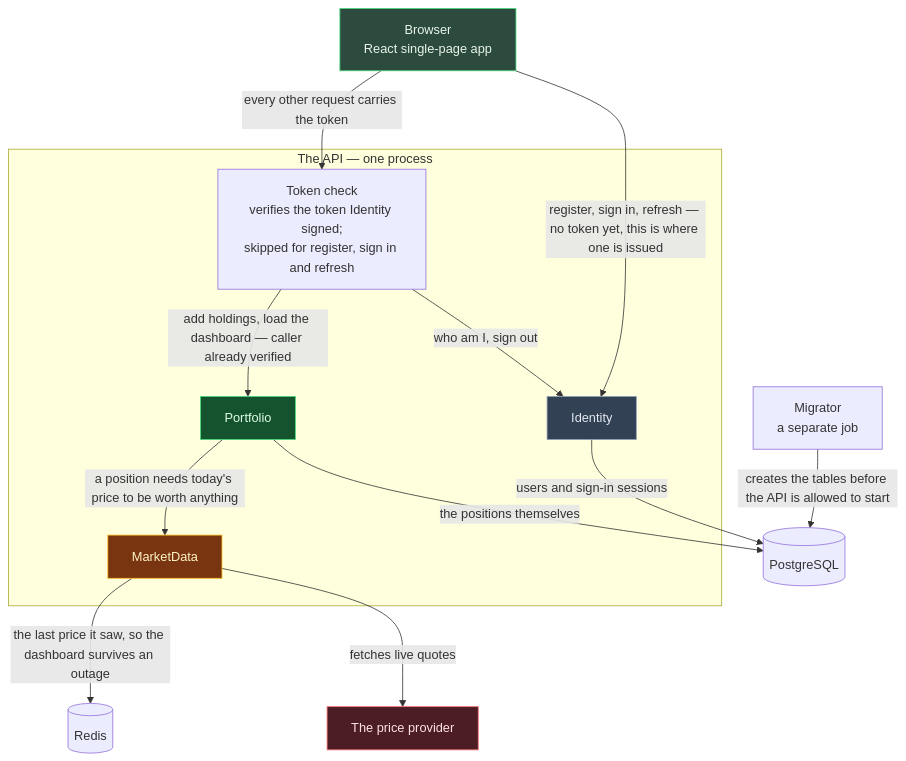
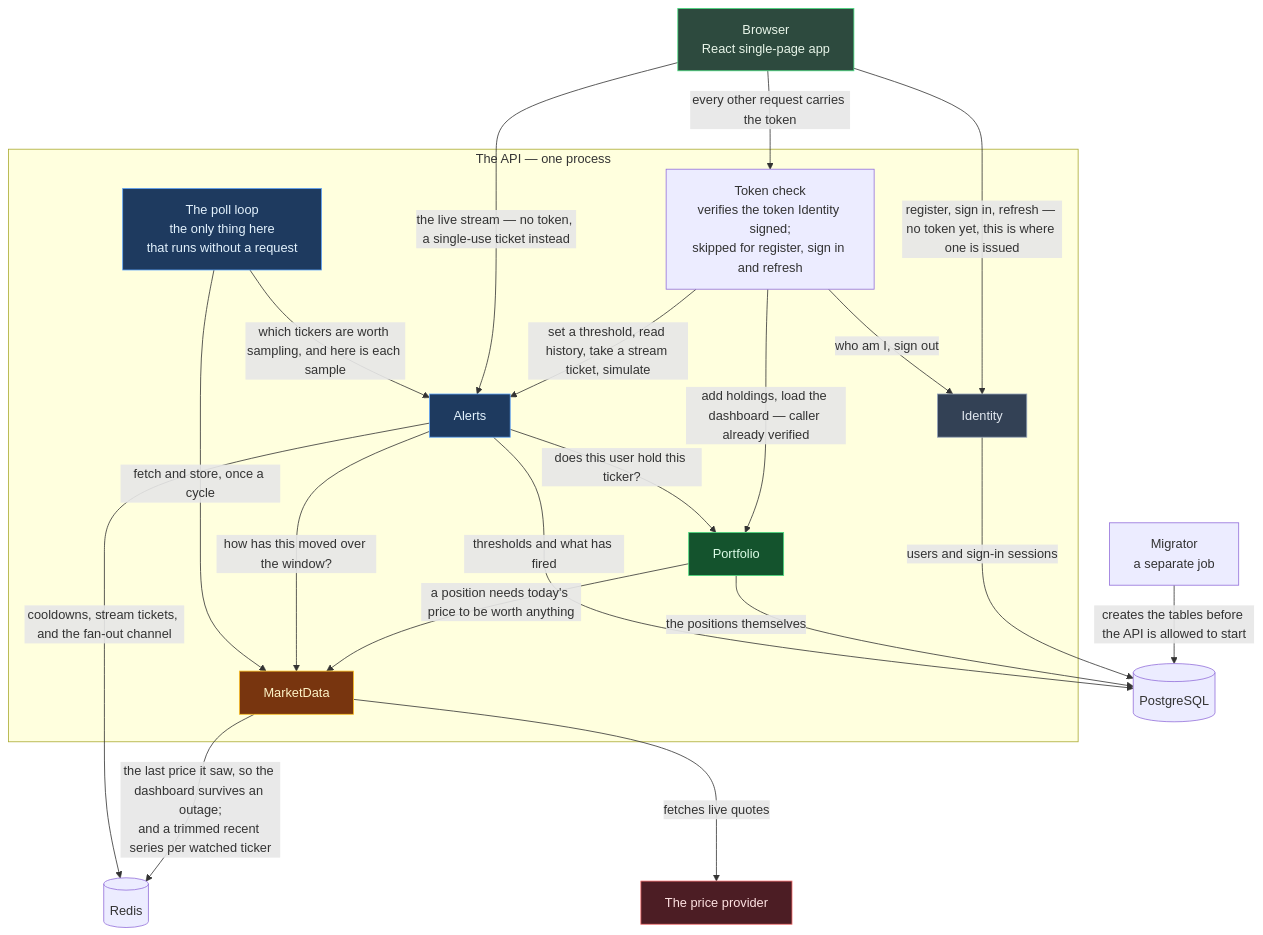
The diagram in docs/reference/service-interactions.md (Dilicidum/StockPortfolio), drawn with Mermaid before and after one commit. The commit also changed other lines of this file and 191 other files, not shown here.

First line of the commit message:
Phase 4: threshold alerts, the poller behind them, and the live stream (#6)

````diff
--- a/docs/reference/service-interactions.md
+++ b/docs/reference/service-interactions.md
@@ -7,33 +7,45 @@
 ```mermaid
 flowchart TB
     UI["Browser<br/>React single-page app"]
 
     subgraph HOST["The API — one process"]
         GATE["Token check<br/>verifies the token Identity signed;<br/>skipped for register, sign in and refresh"]
         ID[Identity]
         PF[Portfolio]
         MD[MarketData]
+        AL[Alerts]
+        POLL["The poll loop<br/>the only thing here<br/>that runs without a request"]
     end
 
     MIG["Migrator<br/>a separate job"]
     PG[("PostgreSQL")]
     RD[("Redis")]
     FH["The price provider"]
 
     UI -->|"register, sign in, refresh — no token yet, this is where one is issued"| ID
     UI -->|"every other request carries the token"| GATE
     GATE -->|"who am I, sign out"| ID
     GATE -->|"add holdings, load the dashboard — caller already verified"| PF
+    GATE -->|"set a threshold, read history, take a stream ticket, simulate"| AL
+    UI -->|"the live stream — no token, a single-use ticket instead"| AL
     PF -->|"a position needs today's price to be worth anything"| MD
+    AL -->|"how has this moved over the window?"| MD
+    AL -->|"does this user hold this ticker?"| PF
+    POLL -->|"which tickers are worth sampling, and here is each sample"| AL
+    POLL -->|"fetch and store, once a cycle"| MD
     ID -->|"users and sign-in sessions"| PG
     PF -->|"the positions themselves"| PG
-    MD -->|"the last price it saw, so the dashboard survives an outage"| RD
+    AL -->|"thresholds and what has fired"| PG
+    MD -->|"the last price it saw, so the dashboard survives an outage;<br/>and a trimmed recent series per watched ticker"| RD
+    AL -->|"cooldowns, stream tickets, and the fan-out channel"| RD
     MD -->|"fetches live quotes"| FH
     MIG -->|"creates the tables before the API is allowed to start"| PG
 
     style PF fill:#14532d,stroke:#4ade80,color:#dcfce7
     style MD fill:#78350f,stroke:#fbbf24,color:#fef3c7
+    style AL fill:#1e3a5f,stroke:#60a5fa,color:#e3f2fd
+    style POLL fill:#1e3a5f,stroke:#60a5fa,color:#e3f2fd
     style ID fill:#334155,stroke:#94a3b8,color:#e2e8f0
     style FH fill:#4c1d24,stroke:#f87171,color:#fee2e2
     style UI fill:#2d4a3e,stroke:#4ade80,color:#e8f5e9
 ```
````
